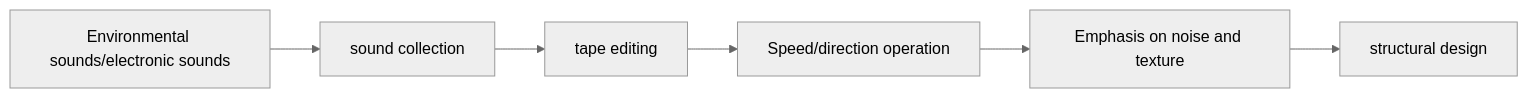
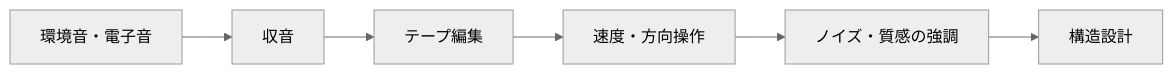
One commit to monumental-movement/monumental-movement.github.io changed the diagram in en/_posts/2025-12-16-column-tape-music-musique-concrete.md. Above: the diagram before and after it, drawn with Mermaid (neutral theme). The commit also changed other lines of this file and 2196 other files, not shown here.

```diff
--- a/en/_posts/2025-12-16-column-tape-music-musique-concrete.md
+++ b/en/_posts/2025-12-16-column-tape-music-musique-concrete.md
@@ -166,4 +166,4 @@
 <div class="mermaid">
 flowchart LR
-    A[Environmental sounds/electronic sounds] --> B[sound collection] --> C[tape editing] --> D[Speed/direction operation] --> E[Emphasis on noise and texture] --> F[structural design]
+    A[環境音・電子音] --> B[収音] --> C[テープ編集] --> D[速度・方向操作] --> E[ノイズ・質感の強調] --> F[構造設計]
 </div>
```
